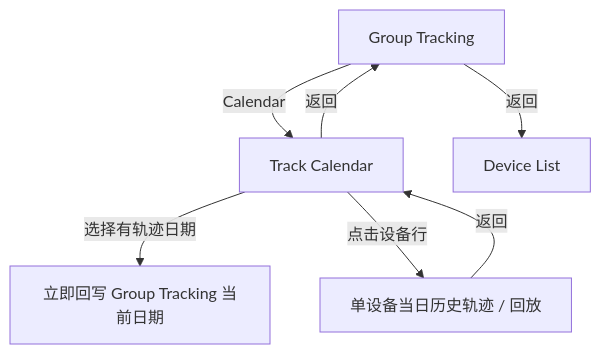
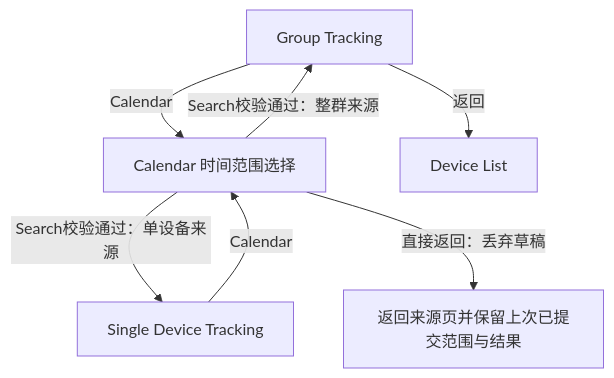
The second of 8 diagrams in docs/manuals/革泰/逻辑大纲/革泰 APP 整群轨迹逻辑点梳理 plan.md (CuMgNa/skills), drawn with Mermaid before and after one commit. The commit also changed other lines of this file and 21 other files, not shown here.

````diff
--- a/docs/manuals/革泰/逻辑大纲/革泰 APP 整群轨迹逻辑点梳理 plan.md
+++ b/docs/manuals/革泰/逻辑大纲/革泰 APP 整群轨迹逻辑点梳理 plan.md
@@ -54,9 +55,9 @@
 ```mermaid
 flowchart TD
-    A["Group Tracking"] -->|"Calendar"| B["Track Calendar"]
-    B -->|"选择有轨迹日期"| C["立即回写 Group Tracking 当前日期"]
-    B -->|"点击设备行"| D["单设备当日历史轨迹 / 回放"]
-    D -->|"返回"| B
-    B -->|"返回"| A
+    A["Group Tracking"] -->|"Calendar"| B["Calendar 时间范围选择"]
+    D["Single Device Tracking"] -->|"Calendar"| B
+    B -->|"Search校验通过：整群来源"| A
+    B -->|"Search校验通过：单设备来源"| D
+    B -->|"直接返回：丢弃草稿"| C["返回来源页并保留上次已提交范围与结果"]
     A -->|"返回"| E["Device List"]
 ```
````
